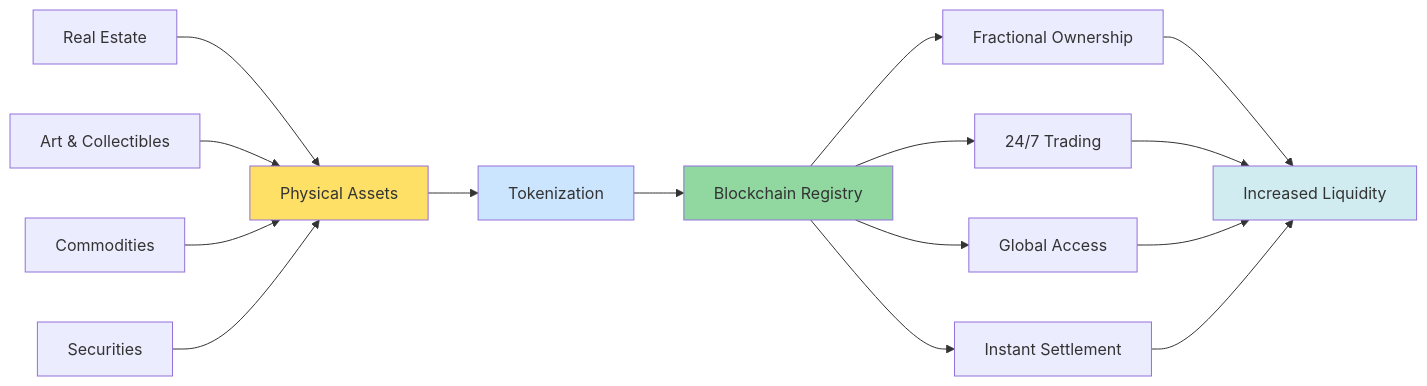
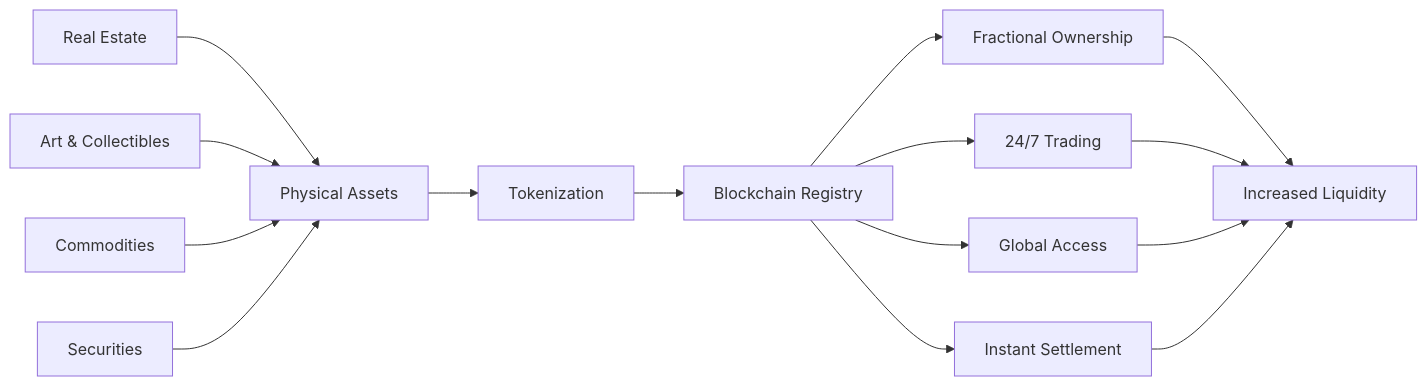
One commit to ljg-cqu/knowledge changed the sixth of 23 diagrams in Industry/Blockchain/Blockchain/ValueChain/QA_MistralAI.md. Above: the diagram before and after it, drawn with Mermaid. The commit also changed other lines of this file, not shown here.

Commit message:
Enhance value chain analysis in QA_MistralAI.md by refining flow diagrams and adding key characteristics. Improved clarity on capital cycles, fee flows, and governance mechanisms to better illustrate stakeholder interactions and regulatory impacts.

````diff
--- a/Industry/Blockchain/Blockchain/ValueChain/QA_MistralAI.md
+++ b/Industry/Blockchain/Blockchain/ValueChain/QA_MistralAI.md
@@ -452,24 +471,20 @@
 ```mermaid
 graph LR
     A[Physical Assets] --> B[Tokenization]
     B --> C[Blockchain Registry]
     C --> D[Fractional Ownership]
     C --> E[24/7 Trading]
     C --> F[Global Access]
     C --> G[Instant Settlement]
     
     H[Real Estate] --> A
     I[Art & Collectibles] --> A
     J[Commodities] --> A
     K[Securities] --> A
     
     D --> L[Increased Liquidity]
     E --> L
     F --> L
     G --> L
     
-    style A fill:#ffe066
-    style B fill:#cce5ff
-    style C fill:#90d7a0
-    style L fill:#d1ecf1
 ```
````
